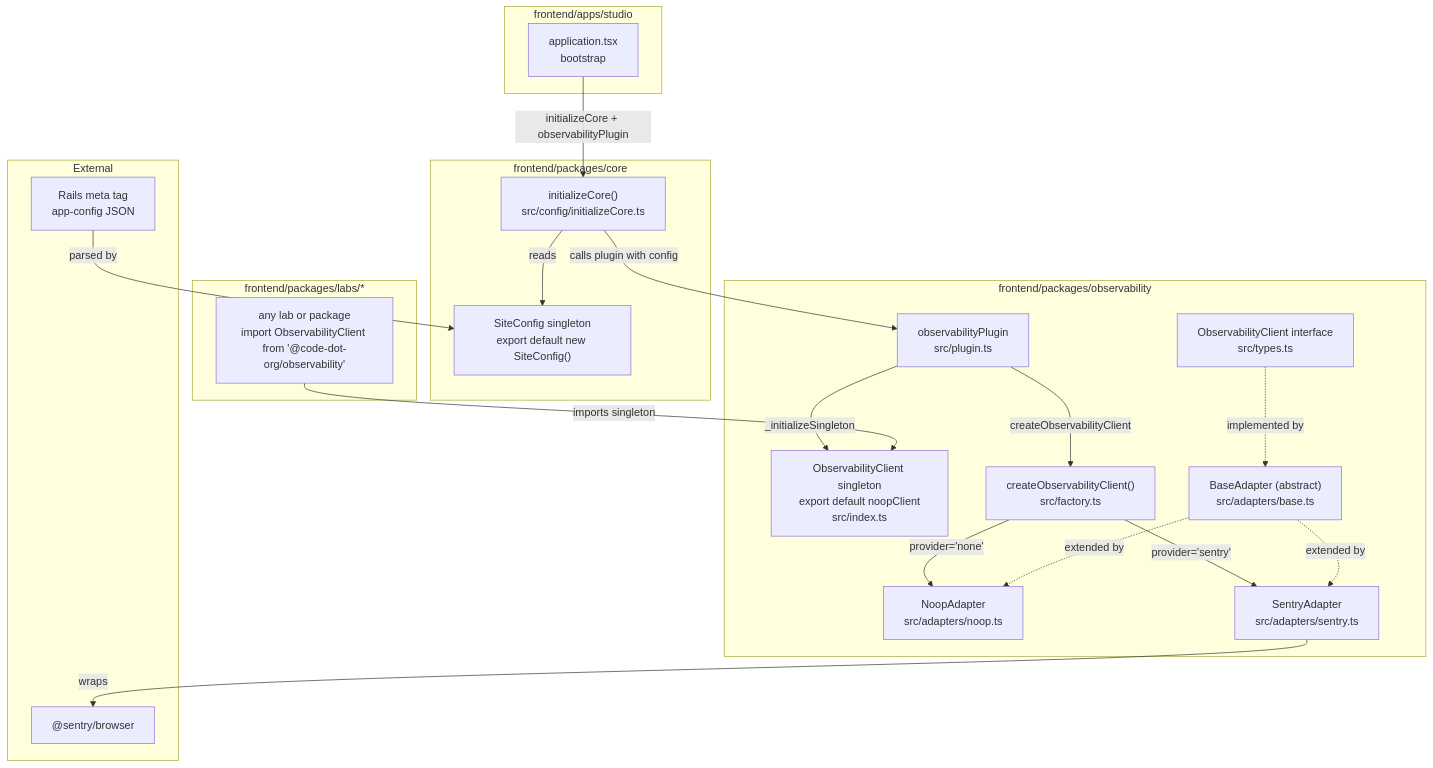
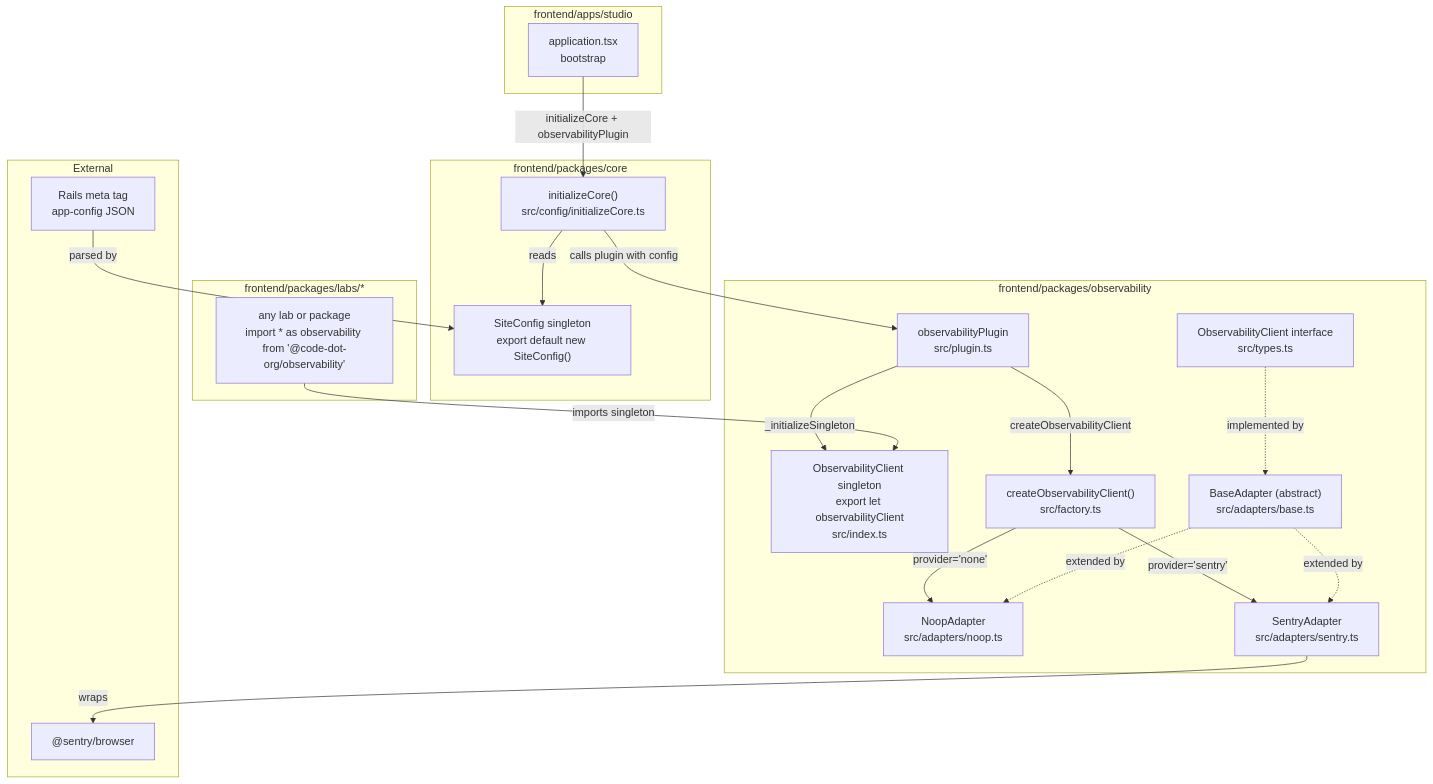
One commit to code-dot-org/code-dot-org changed the diagram in frontend/.kiro/specs/observability/design.md. Above: the diagram before and after it, drawn with Mermaid. The commit also changed other lines of this file and 7 other files, not shown here.

````diff
--- a/frontend/.kiro/specs/observability/design.md
+++ b/frontend/.kiro/specs/observability/design.md
@@ -22,44 +22,44 @@
 ```mermaid
 graph TD
     subgraph "frontend/apps/studio"
         APP[application.tsx<br/>bootstrap]
     end
 
     subgraph "frontend/packages/core"
         INIT["initializeCore()<br/>src/config/initializeCore.ts"]
         SITECONFIG["SiteConfig singleton<br/>export default new SiteConfig()"]
     end
 
     subgraph "frontend/packages/observability"
-        OBSCLIENT["ObservabilityClient singleton<br/>export default noopClient<br/>src/index.ts"]
+        OBSCLIENT["ObservabilityClient singleton<br/>export let observabilityClient<br/>src/index.ts"]
         OBSPLUGIN["observabilityPlugin<br/>src/plugin.ts"]
         FACTORY["createObservabilityClient()<br/>src/factory.ts"]
         IFACE["ObservabilityClient interface<br/>src/types.ts"]
         BASE["BaseAdapter (abstract)<br/>src/adapters/base.ts"]
         NOOP["NoopAdapter<br/>src/adapters/noop.ts"]
         SENTRY["SentryAdapter<br/>src/adapters/sentry.ts"]
     end
 
     subgraph "frontend/packages/labs/*"
-        LAB["any lab or package<br/>import ObservabilityClient from '@code-dot-org/observability'"]
+        LAB["any lab or package<br/>import * as observability from '@code-dot-org/observability'"]
     end
 
     subgraph "External"
         SENTRYSDK["@sentry/browser"]
         RAILS["Rails meta tag<br/>app-config JSON"]
     end
 
     RAILS -->|parsed by| SITECONFIG
     APP -->|initializeCore + observabilityPlugin| INIT
     INIT -->|reads| SITECONFIG
     INIT -->|calls plugin with config| OBSPLUGIN
     OBSPLUGIN -->|createObservabilityClient| FACTORY
     FACTORY -->|provider='none'| NOOP
     FACTORY -->|provider='sentry'| SENTRY
     SENTRY -->|wraps| SENTRYSDK
     OBSPLUGIN -->|_initializeSingleton| OBSCLIENT
     LAB -->|imports singleton| OBSCLIENT
     IFACE -.->|implemented by| BASE
     BASE -.->|extended by| NOOP
     BASE -.->|extended by| SENTRY
 ```
````
